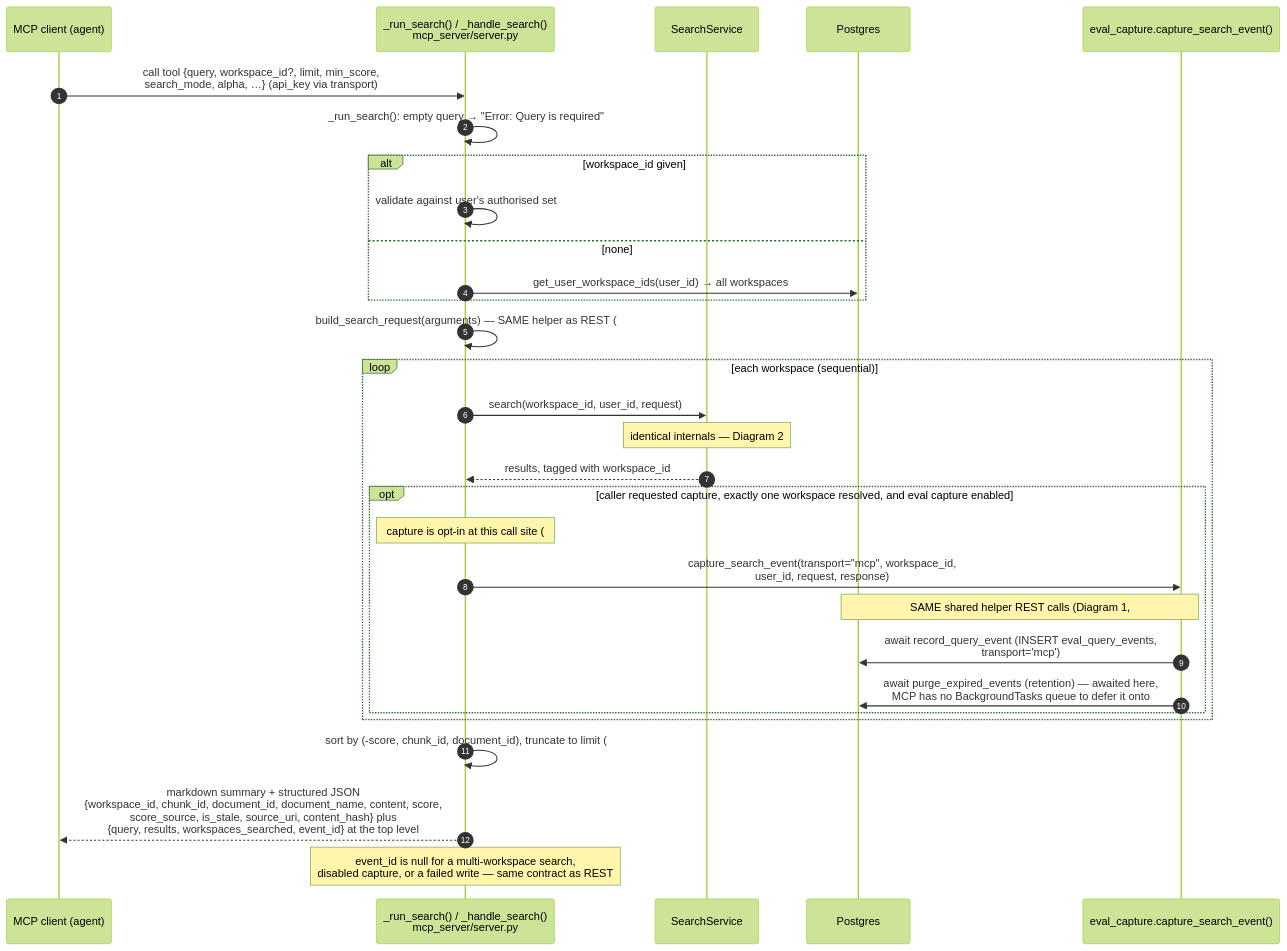
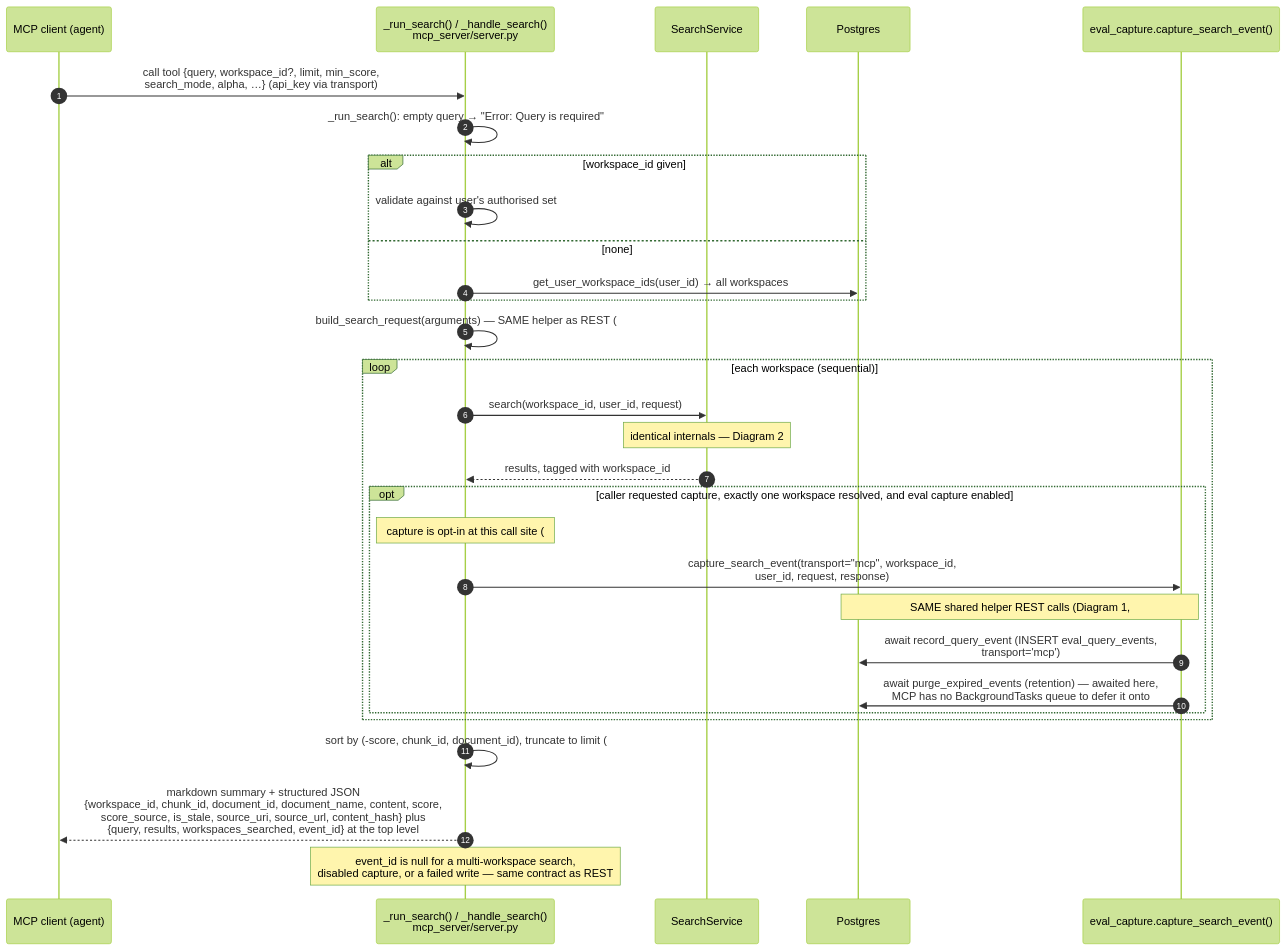
The third of 4 diagrams in docs/developer/search-sequence.md (akash1047/inherent), drawn with Mermaid (forest theme) before and after one commit. The commit also changed other lines of this file and 191 other files, not shown here.

````diff
--- a/docs/developer/search-sequence.md
+++ b/docs/developer/search-sequence.md
@@ -175,33 +176,33 @@
 ```mermaid
 sequenceDiagram
     autonumber
     participant A as MCP client (agent)
     participant T as _run_search() / _handle_search()<br/>mcp_server/server.py
     participant SS as SearchService
     participant PG as Postgres
     participant CAP as eval_capture.capture_search_event()
 
     A->>T: call tool {query, workspace_id?, limit, min_score,<br/>search_mode, alpha, …} (api_key via transport)
     T->>T: _run_search(): empty query → "Error: Query is required"
     alt workspace_id given
         T->>T: validate against user's authorised set
     else none
         T->>PG: get_user_workspace_ids(user_id) → all workspaces
     end
     T->>T: build_search_request(arguments) — SAME helper as REST (#14),<br/>transport keys (api_key, workspace_id) stripped, Pydantic validates
     loop each workspace (sequential)
         T->>SS: search(workspace_id, user_id, request)
         Note over SS: identical internals — Diagram 2
         SS-->>T: results, tagged with workspace_id
         opt caller requested capture, exactly one workspace resolved, and eval capture enabled
             Note over T: capture is opt-in at this call site (#241 review) --<br/>only _handle_search (search_documents/search_memory) passes<br/>capture=True; get_citations shares this retrieval but never sets it,<br/>so it mints no orphan event
             T->>CAP: capture_search_event(transport="mcp", workspace_id,<br/>user_id, request, response)
             Note over CAP,PG: SAME shared helper REST calls (Diagram 1, #241) —<br/>mints event_id, awaits the INSERT, stamps response.event_id<br/>only when durable; never a dangling id (#240)
             CAP->>PG: await record_query_event (INSERT eval_query_events,<br/>transport='mcp')
             CAP->>PG: await purge_expired_events (retention) — awaited here,<br/>MCP has no BackgroundTasks queue to defer it onto
         end
     end
     T->>T: sort by (-score, chunk_id, document_id), truncate to limit (#28)
-    T-->>A: markdown summary + structured JSON<br/>{workspace_id, chunk_id, document_id, document_name, content, score,<br/>score_source, is_stale, source_uri, content_hash} plus<br/>{query, results, workspaces_searched, event_id} at the top level
+    T-->>A: markdown summary + structured JSON<br/>{workspace_id, chunk_id, document_id, document_name, content, score,<br/>score_source, is_stale, source_uri, source_url, content_hash} plus<br/>{query, results, workspaces_searched, event_id} at the top level
     Note over T: event_id is null for a multi-workspace search,<br/>disabled capture, or a failed write — same contract as REST
 ```
````
